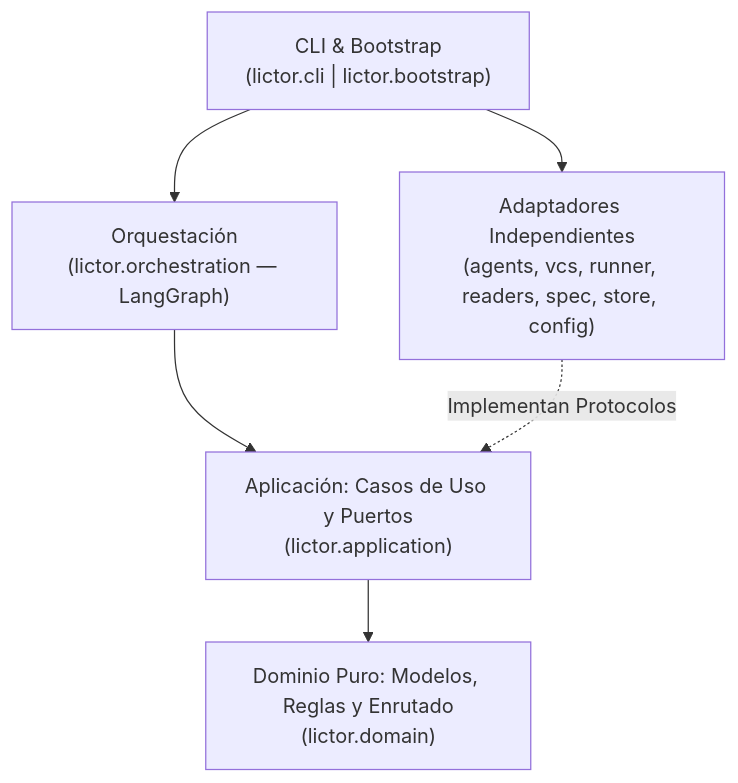
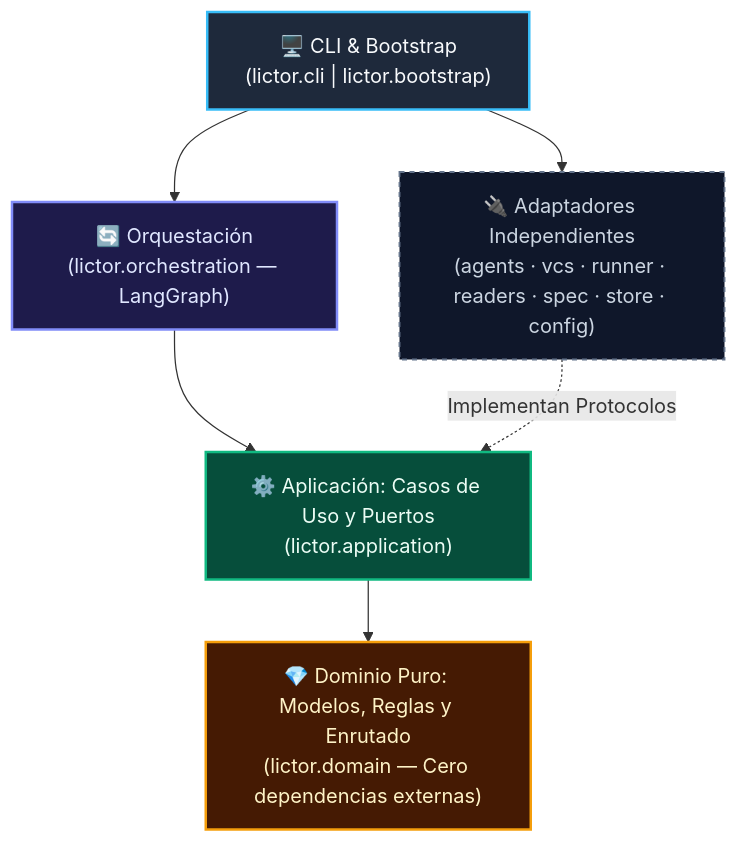
One commit to jmorenobl/lictor changed the second of 2 diagrams in README.md. Above: the diagram before and after it, drawn with Mermaid. The commit also changed other lines of this file and 1 other file, not shown here.

````diff
--- a/README.md
+++ b/README.md
@@ -296,14 +343,20 @@
 ```mermaid
 flowchart TB
-    CLI["CLI & Bootstrap<br/>(lictor.cli | lictor.bootstrap)"]
-    ORCH["Orquestación<br/>(lictor.orchestration — LangGraph)"]
-    APP["Aplicación: Casos de Uso y Puertos<br/>(lictor.application)"]
-    DOM["Dominio Puro: Modelos, Reglas y Enrutado<br/>(lictor.domain)"]
-    ADAPT["Adaptadores Independientes<br/>(agents, vcs, runner, readers, spec, store, config)"]
+    classDef outer fill:#1E293B,stroke:#38BDF8,stroke-width:2px,color:#F8FAFC
+    classDef orch fill:#1E1B4B,stroke:#818CF8,stroke-width:2px,color:#E0E7FF
+    classDef app fill:#064E3B,stroke:#10B981,stroke-width:2px,color:#ECFDF5
+    classDef dom fill:#451A03,stroke:#F59E0B,stroke-width:2px,color:#FEF3C7
+    classDef adapt fill:#0F172A,stroke:#64748B,stroke-width:1.5px,stroke-dasharray: 4 4,color:#CBD5E1
+
+    CLI["🖥️ CLI & Bootstrap<br/>(lictor.cli | lictor.bootstrap)"]:::outer
+    ORCH["🔄 Orquestación<br/>(lictor.orchestration — LangGraph)"]:::orch
+    APP["⚙️ Aplicación: Casos de Uso y Puertos<br/>(lictor.application)"]:::app
+    DOM["💎 Dominio Puro: Modelos, Reglas y Enrutado<br/>(lictor.domain — Cero dependencias externas)"]:::dom
+    ADAPT["🔌 Adaptadores Independientes<br/>(agents · vcs · runner · readers · spec · store · config)"]:::adapt
 
     CLI --> ORCH
     CLI --> ADAPT
     ORCH --> APP
     ADAPT -.->|Implementan Protocolos| APP
     APP --> DOM
 ```
````
